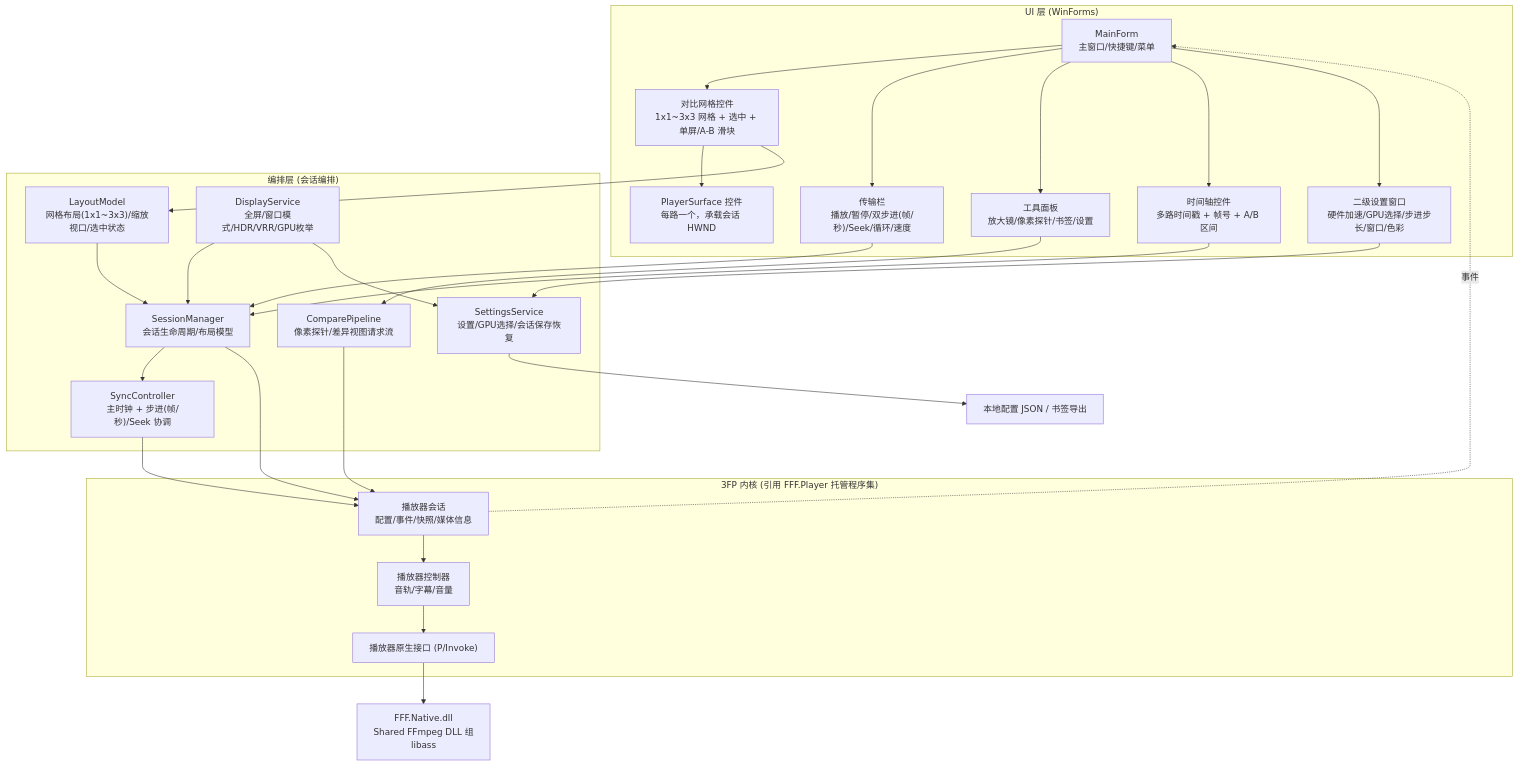
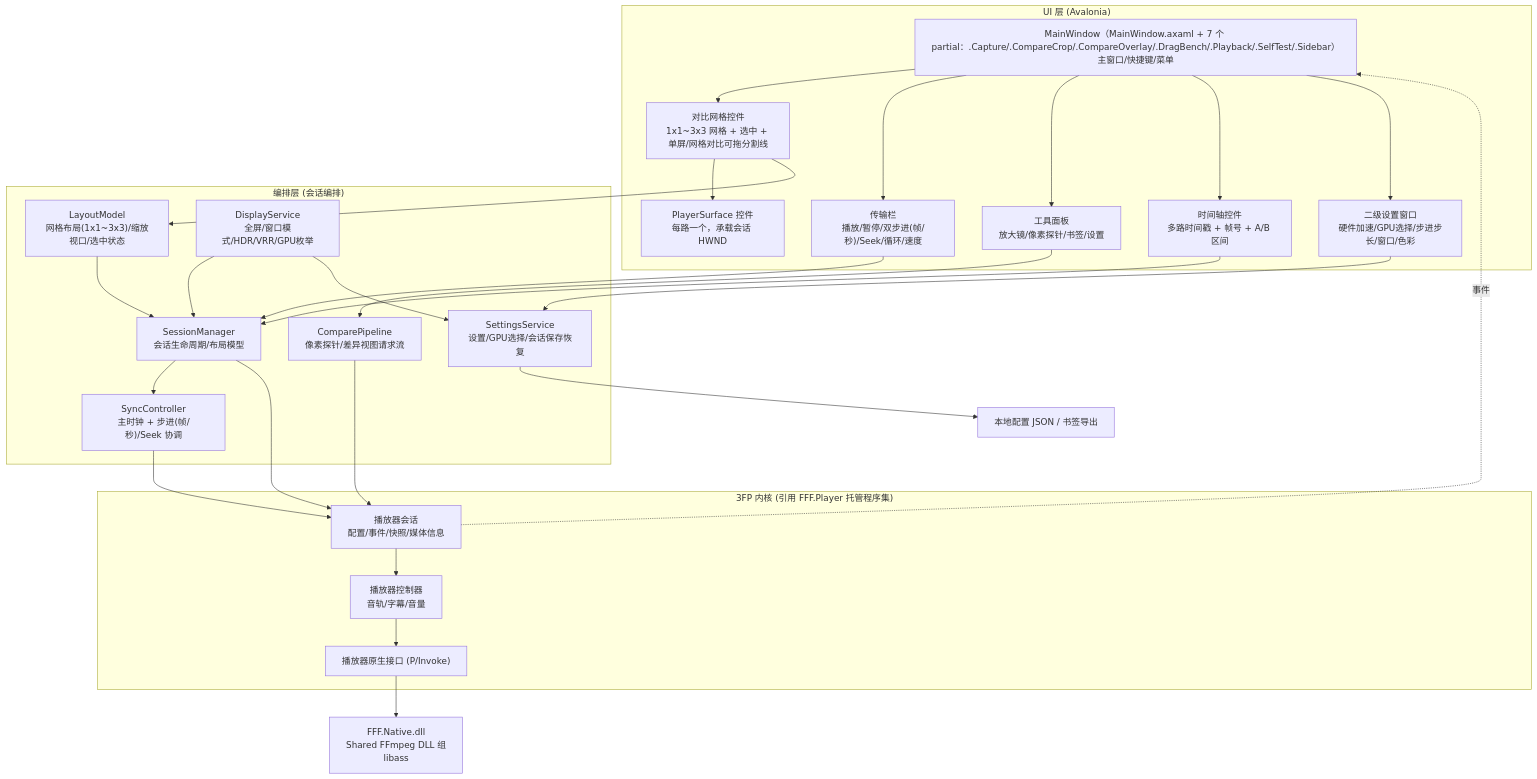
One commit to luoye-cpu/3FCompare changed the first of 2 diagrams in docs/02-系统架构.zh.md. Above: the diagram before and after it, drawn with Mermaid. The commit also changed other lines of this file and 268 other files, not shown here.

````diff
--- a/docs/02-系统架构.zh.md
+++ b/docs/02-系统架构.zh.md
@@ -14,53 +17,53 @@
 ```mermaid
 flowchart TB
-    subgraph UI["UI 层 (WinForms)"]
-        MainForm["MainForm<br/>主窗口/快捷键/菜单"]
-        GridView["对比网格控件<br/>1x1~3x3 网格 + 选中 + 单屏/A-B 滑块"]
+    subgraph UI["UI 层 (Avalonia)"]
+        MainForm["MainWindow（MainWindow.axaml + 7 个 partial：.Capture/.CompareCrop/.CompareOverlay/.DragBench/.Playback/.SelfTest/.Sidebar）<br/>主窗口/快捷键/菜单"]
+        GridView["对比网格控件<br/>1x1~3x3 网格 + 选中 + 单屏/网格对比可拖分割线"]
         PlayerSurface["PlayerSurface 控件<br/>每路一个，承载会话 HWND"]
         ToolsPanel["工具面板<br/>放大镜/像素探针/书签/设置"]
         Transport["传输栏<br/>播放/暂停/双步进(帧/秒)/Seek/循环/速度"]
         Timeline["时间轴控件<br/>多路时间戳 + 帧号 + A/B 区间"]
         SettingsForm["二级设置窗口<br/>硬件加速/GPU选择/步进步长/窗口/色彩"]
     end
 
     subgraph Logic["编排层 (会话编排)"]
         SessionManager["SessionManager<br/>会话生命周期/布局模型"]
         SyncController["SyncController<br/>主时钟 + 步进(帧/秒)/Seek 协调"]
         ComparePipeline["ComparePipeline<br/>像素探针/差异视图请求流"]
         LayoutModel["LayoutModel<br/>网格布局(1x1~3x3)/缩放视口/选中状态"]
         SettingsService["SettingsService<br/>设置/GPU选择/会话保存恢复"]
         DisplayService["DisplayService<br/>全屏/窗口模式/HDR/VRR/GPU枚举"]
     end
 
     subgraph Kernel["3FP 内核 (引用 FFF.Player 托管程序集)"]
         PlayerSession["播放器会话<br/>配置/事件/快照/媒体信息"]
         PlayerController["播放器控制器<br/>音轨/字幕/音量"]
         NativeInterop["播放器原生接口 (P/Invoke)"]
     end
 
     NativeDlls["FFF.Native.dll<br/>Shared FFmpeg DLL 组<br/>libass"]
     LocalStorage["本地配置 JSON / 书签导出"]
 
     MainForm --> GridView --> PlayerSurface
     MainForm --> Transport
     MainForm --> ToolsPanel
     MainForm --> Timeline
     MainForm --> SettingsForm
     Transport --> SessionManager
     Timeline --> SessionManager
     ToolsPanel --> ComparePipeline
     SettingsForm --> SettingsService
     GridView --> LayoutModel
     LayoutModel --> SessionManager
     DisplayService --> SessionManager
     DisplayService --> SettingsService
 
     SessionManager --> SyncController
     SessionManager --> PlayerSession
     SyncController --> PlayerSession
     ComparePipeline --> PlayerSession
     SettingsService --> LocalStorage
 
     PlayerSession --> PlayerController --> NativeInterop --> NativeDlls
     PlayerSession -.事件.-> MainForm
 ```
````
